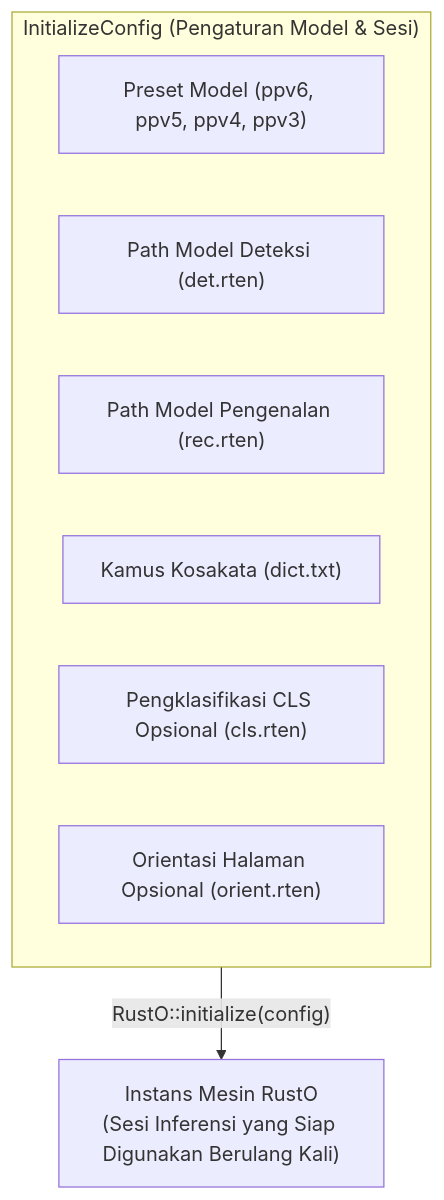
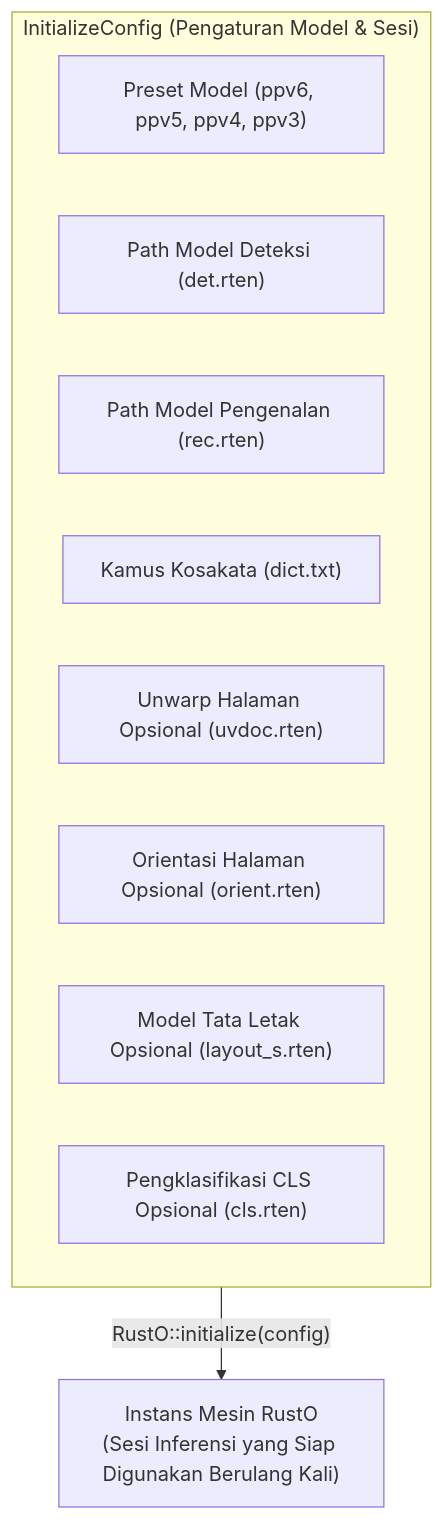
One commit to byrizki/rusto-rs changed the diagram in docs/content/id/04.api-reference/01.initialize-config.md. Above: the diagram before and after it, drawn with Mermaid. The commit also changed other lines of this file and 90 other files, not shown here.

````diff
--- a/docs/content/id/04.api-reference/01.initialize-config.md
+++ b/docs/content/id/04.api-reference/01.initialize-config.md
@@ -15,13 +15,15 @@
 ```mermaid
 flowchart TD
     subgraph Config ["InitializeConfig (Pengaturan Model & Sesi)"]
         P["Preset Model (ppv6, ppv5, ppv4, ppv3)"]
         D["Path Model Deteksi (det.rten)"]
         R["Path Model Pengenalan (rec.rten)"]
         V["Kamus Kosakata (dict.txt)"]
+        U["Unwarp Halaman Opsional (uvdoc.rten)"]
+        O["Orientasi Halaman Opsional (orient.rten)"]
+        L["Model Tata Letak Opsional (layout_s.rten)"]
         C["Pengklasifikasi CLS Opsional (cls.rten)"]
-        O["Orientasi Halaman Opsional (orient.rten)"]
     end
 
     Config -->|"RustO::initialize(config)"| Engine["Instans Mesin RustO<br/>(Sesi Inferensi yang Siap Digunakan Berulang Kali)"]
 ```
````
